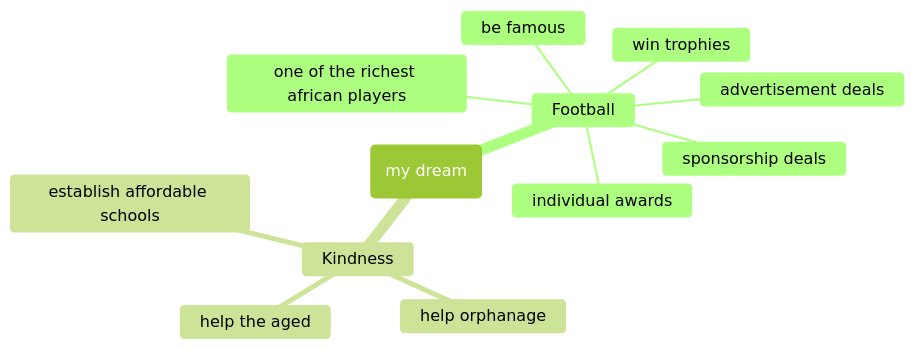
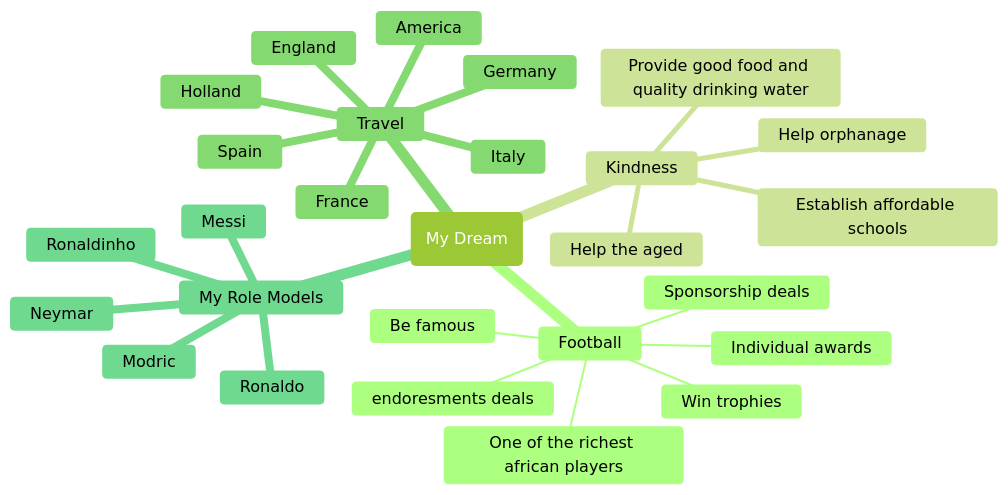
The diagram in README.md (EMMANUELKUS/My-Dream), drawn with Mermaid (forest theme) before and after one commit.

Commit message:
Still updating
I am still adding more as my Uncle asked me to do

````diff
--- a/README.md
+++ b/README.md
@@ -4,17 +4,30 @@
 ```mermaid
 mindmap
-root(my dream)
+root(My Dream)
    Football
-     win trophies
-     be famous
-     sponsorship deals
-     one of the richest african players
-     individual awards
-     advertisement deals
+     Win trophies
+     Be famous
+     Sponsorship deals
+     One of the richest african players
+     Individual awards
+     endoresments deals
   Kindness
-    help orphanage
-    help the aged
-    establish affordable schools
-
-
+    Help orphanage
+    Help the aged
+    Establish affordable schools
+    Provide good food and quality drinking water
+ Travel
+   Holland
+   Italy
+   Spain
+   Germany
+   England
+   France
+   America
+ My Role Models
+   Neymar
+   Ronaldo
+   Messi
+   Modric
+   Ronaldinho
 ```
````
